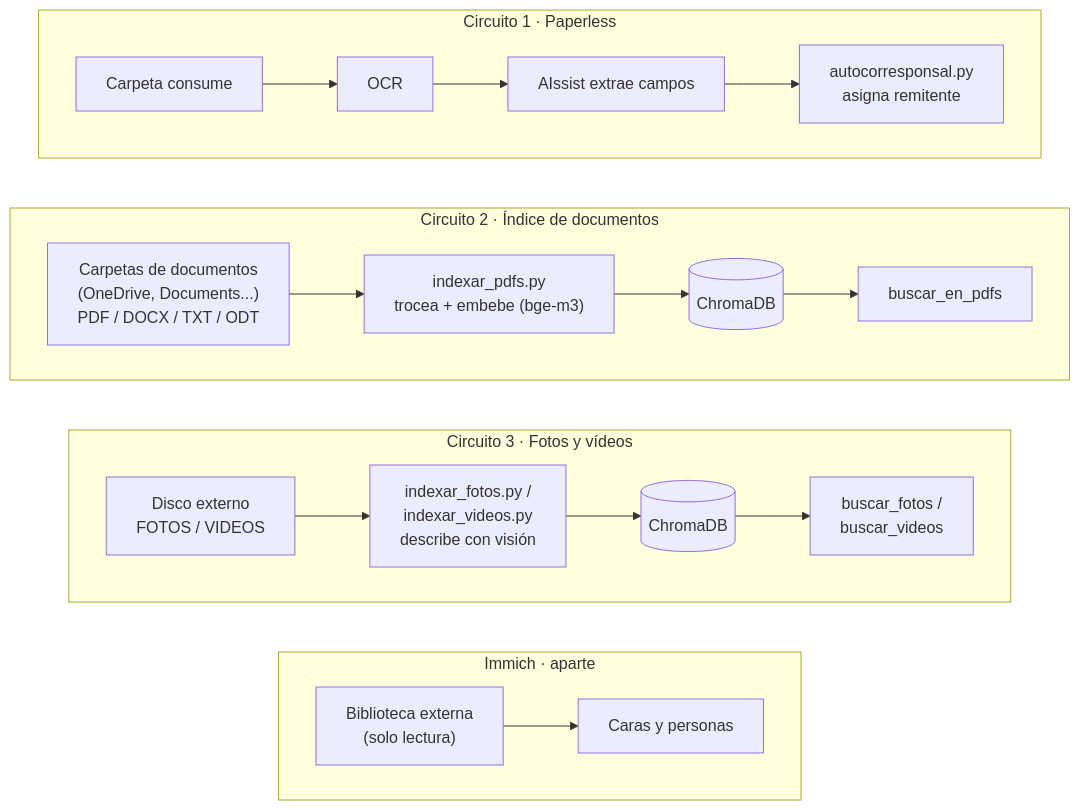
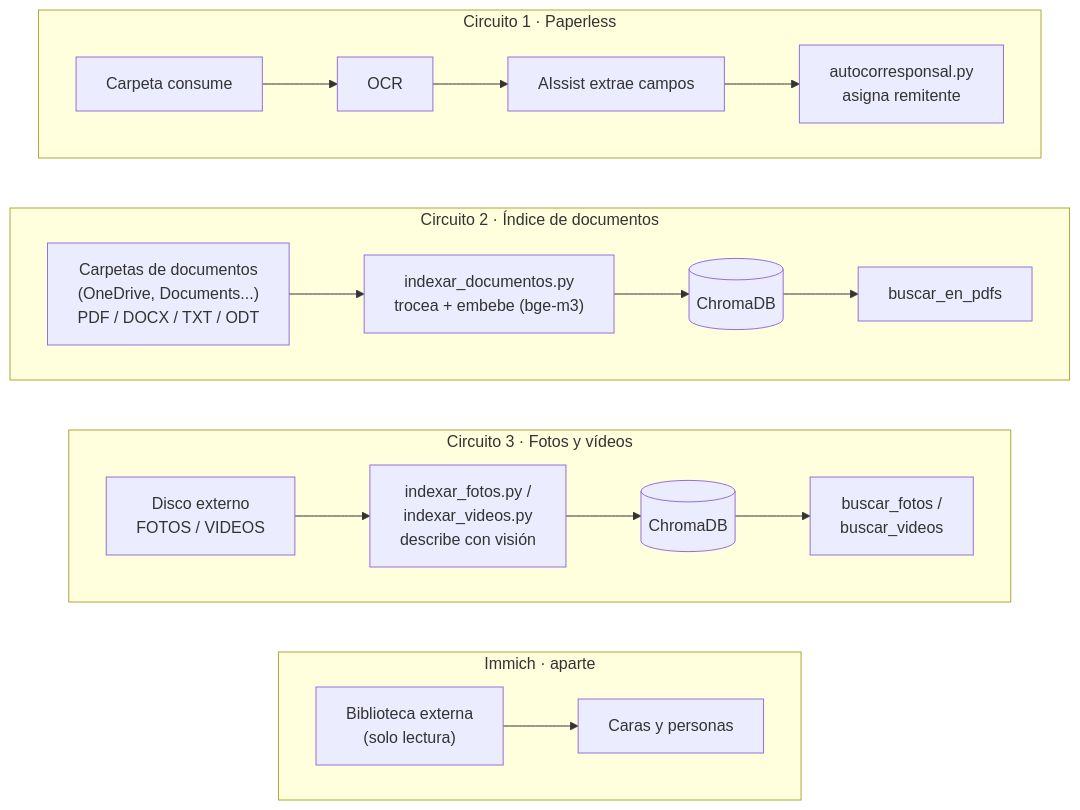
Before and after one commit to fwinchi/ia-local-casa: the diagram in README.md, drawn with Mermaid. The commit also changed other lines of this file and 4 other files, not shown here.

First line of the commit message:
Renombra indexar_pdfs.py a indexar_documentos.py

````diff
--- a/README.md
+++ b/README.md
@@ -41,26 +41,26 @@
 ```mermaid
 flowchart TB
     subgraph C1["Circuito 1 · Paperless"]
         direction LR
         A1["Carpeta consume"] --> A2["OCR"] --> A3["AIssist extrae campos"] --> A4["autocorresponsal.py<br>asigna remitente"]
     end
 
     subgraph C2["Circuito 2 · Índice de documentos"]
         direction LR
-        B1["Carpetas de documentos<br>(OneDrive, Documents...)<br>PDF / DOCX / TXT / ODT"] --> B2["indexar_pdfs.py<br>trocea + embebe (bge-m3)"] --> B3[(ChromaDB)]
+        B1["Carpetas de documentos<br>(OneDrive, Documents...)<br>PDF / DOCX / TXT / ODT"] --> B2["indexar_documentos.py<br>trocea + embebe (bge-m3)"] --> B3[(ChromaDB)]
         B3 --> B4["buscar_en_pdfs"]
     end
 
     subgraph C3["Circuito 3 · Fotos y vídeos"]
         direction LR
         D1["Disco externo<br>FOTOS / VIDEOS"] --> D2["indexar_fotos.py /<br>indexar_videos.py<br>describe con visión"] --> D3[(ChromaDB)]
         D3 --> D4["buscar_fotos /<br>buscar_videos"]
     end
 
     subgraph C4["Immich · aparte"]
         direction LR
         E1["Biblioteca externa<br>(solo lectura)"] --> E2["Caras y personas"]
     end
 
     C1 ~~~ C2 ~~~ C3 ~~~ C4
 ```
````
